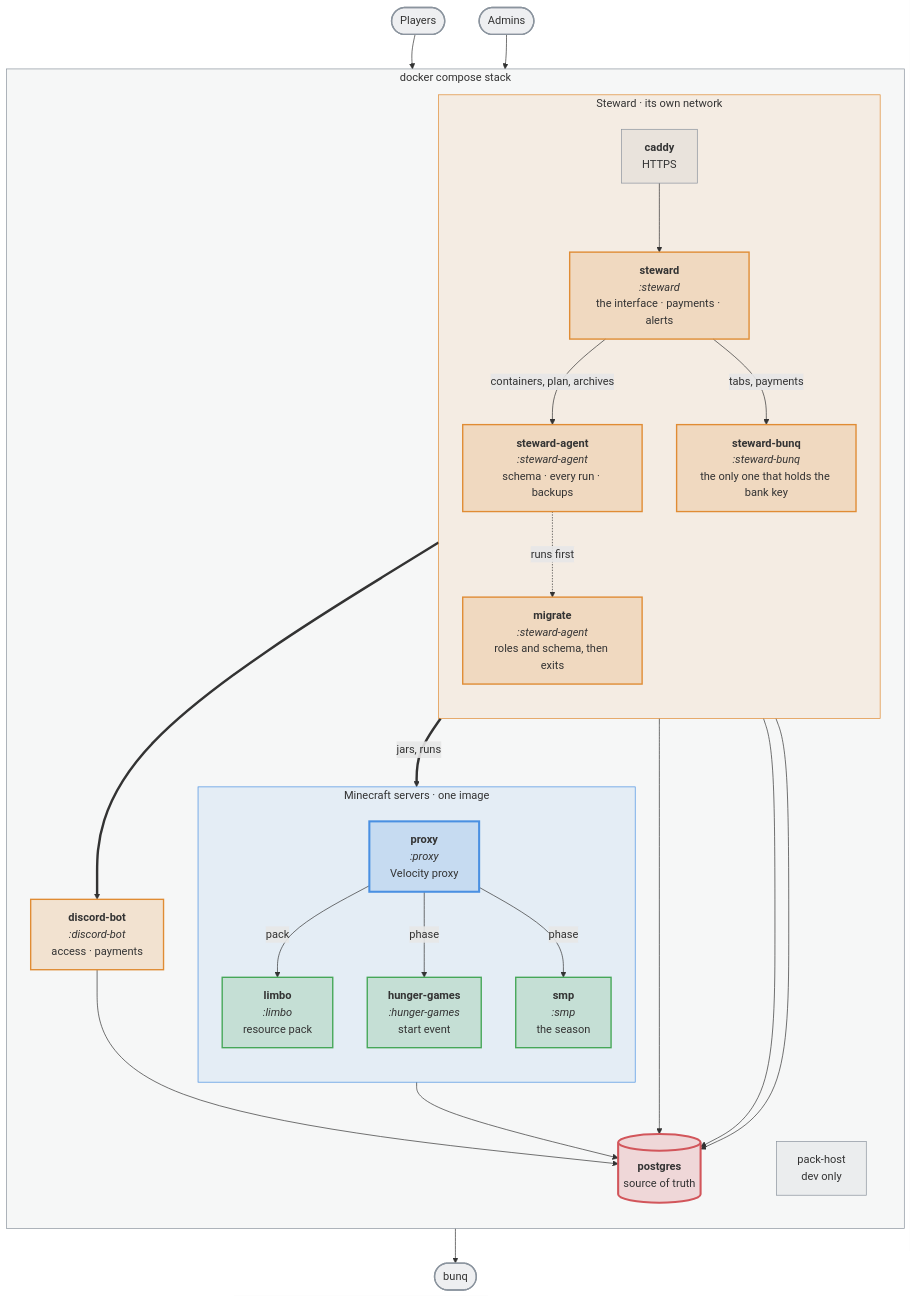
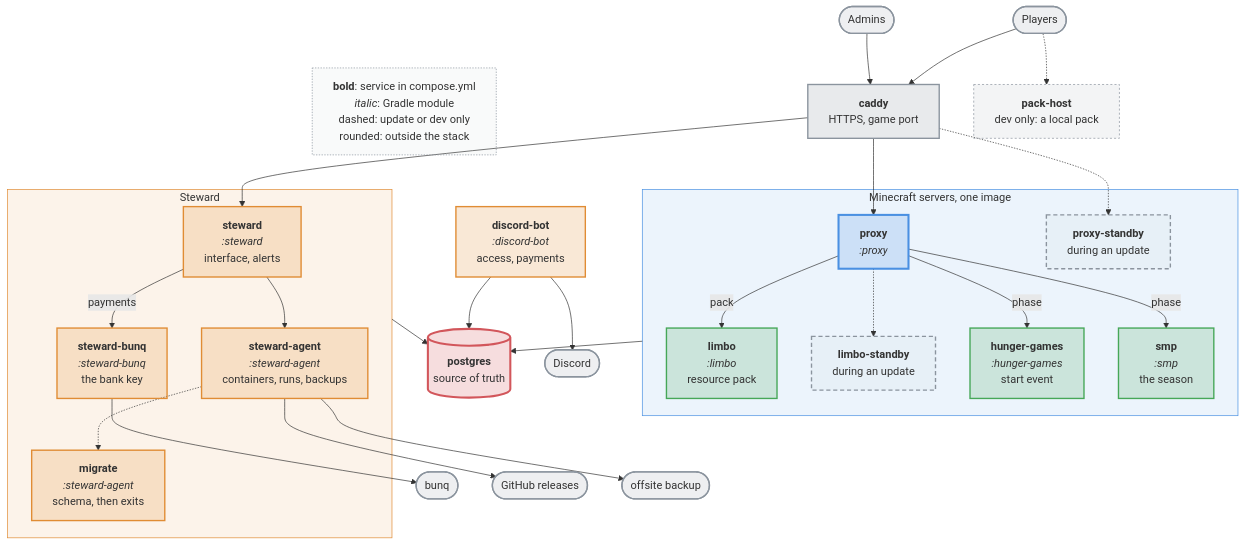
One commit to nordtal/season-2 changed the diagram in README.md. Above: the diagram before and after it, drawn with Mermaid. The commit also changed other lines of this file, not shown here.

Commit message:
docs: the readme diagram shows every service, the standbys and a legend at a third of its height
Players now enter through caddy, which guards the game port, and the agent's arrow to the servers is gone, since it stacked the whole diagram vertically under GitHub's ELK layout.

````diff
--- a/README.md
+++ b/README.md
@@ -17,55 +17,67 @@
 ```mermaid
-%%{init: {'themeVariables': {'fontSize': '16px'}}}%%
+%%{init: {'themeVariables': {'fontSize': '16px'}, 'flowchart': {'wrappingWidth': 240, 'diagramPadding': 8}}}%%
 flowchart TB
-    players(["Players"]):::ext --> NC
+    LEG["<b>bold</b>: service in compose.yml<br/><i>italic</i>: Gradle module<br/>dashed: update or dev only<br/>rounded: outside the stack"]:::key
+    players(["Players"]):::ext
+    admins(["Admins"]):::ext
+    CADDY["<b>caddy</b><br/>HTTPS, game port"]:::entry
+    PACK["<b>pack-host</b><br/>dev only: a local pack"]:::side
 
-    subgraph stack["docker compose stack"]
-        direction TB
-        subgraph steward["Steward · its own network"]
-            direction TB
-            CADDY["<b>caddy</b><br/>HTTPS"]:::side
-            UPD["<b>steward</b><br/><i>:steward</i><br/>the interface · payments · alerts"]:::app
-            DEP["<b>steward-agent</b><br/><i>:steward-agent</i><br/>schema · every run · backups"]:::app
-            MIG["<b>migrate</b><br/><i>:steward-agent</i><br/>roles and schema, then exits"]:::app
-            BANK["<b>steward-bunq</b><br/><i>:steward-bunq</i><br/>the only one that holds the bank key"]:::app
-        end
-        subgraph servers["Minecraft servers · one image"]
-            direction TB
-            NC["<b>proxy</b><br/><i>:proxy</i><br/>Velocity proxy"]:::proxy
-            LIMBO["<b>limbo</b><br/><i>:limbo</i><br/>resource pack"]:::paper
-            HG["<b>hunger-games</b><br/><i>:hunger-games</i><br/>start event"]:::paper
-            SMP["<b>smp</b><br/><i>:smp</i><br/>the season"]:::paper
-        end
-        BOT["<b>discord-bot</b><br/><i>:discord-bot</i><br/>access · payments"]:::app
-        PG[("<b>postgres</b><br/>source of truth")]:::db
-        PACKHOST["pack-host<br/>dev only"]:::side
+    subgraph mc["Minecraft servers, one image"]
+        NC["<b>proxy</b><br/><i>:proxy</i>"]:::proxy
+        NCS["<b>proxy-standby</b><br/>during an update"]:::standby
+        LIMBO["<b>limbo</b><br/><i>:limbo</i><br/>resource pack"]:::paper
+        LIMBOS["<b>limbo-standby</b><br/>during an update"]:::standby
+        HG["<b>hunger-games</b><br/><i>:hunger-games</i><br/>start event"]:::paper
+        SMP["<b>smp</b><br/><i>:smp</i><br/>the season"]:::paper
     end
 
-    admins(["Admins"]):::ext --> CADDY
-    BANK --> bunq(["bunq"]):::ext
-    players ~~~ UPD
+    subgraph st["Steward"]
+        UPD["<b>steward</b><br/><i>:steward</i><br/>interface, alerts"]:::app
+        DEP["<b>steward-agent</b><br/><i>:steward-agent</i><br/>containers, runs, backups"]:::app
+        BANK["<b>steward-bunq</b><br/><i>:steward-bunq</i><br/>the bank key"]:::app
+        MIG["<b>migrate</b><br/><i>:steward-agent</i><br/>schema, then exits"]:::app
+    end
+
+    BOT["<b>discord-bot</b><br/><i>:discord-bot</i><br/>access, payments"]:::app
+    PG[("<b>postgres</b><br/>source of truth")]:::db
+
+    bunq(["bunq"]):::ext
+    discord(["Discord"]):::ext
+    gh(["GitHub releases"]):::ext
+    offsite(["offsite backup"]):::ext
+
+    players --> CADDY
+    players -.-> PACK
+    admins --> CADDY
+    CADDY --> NC
+    CADDY -.-> NCS
     CADDY --> UPD
-    UPD -->|"containers, plan, archives"| DEP
-    UPD -->|"tabs, payments"| BANK
-    DEP ==>|"jars, runs"| servers
-    DEP ==> BOT
-    DEP --> PG
-    MIG --> PG
-    DEP -.->|"runs first"| MIG
     NC -->|"pack"| LIMBO
     NC -->|"phase"| HG
     NC -->|"phase"| SMP
-    servers --> PG
+    NC -.-> LIMBOS
+    UPD --> DEP
+    UPD -->|"payments"| BANK
+    BANK --> bunq
+    DEP -.-> MIG
+    DEP --> gh
+    DEP --> offsite
+    LEG ~~~ BOT
+    BOT --> discord
+    mc --> PG
     BOT --> PG
-    UPD --> PG
+    st --> PG
 
+    classDef key fill:#8b949e0d,stroke:#8b949e,stroke-width:1px,stroke-dasharray:2 2
     classDef ext fill:#8b949e26,stroke:#8b949e,stroke-width:2px
+    classDef entry fill:#8b949e33,stroke:#8b949e,stroke-width:2px
     classDef proxy fill:#4a90e233,stroke:#4a90e2,stroke-width:3px
     classDef paper fill:#46a75833,stroke:#46a758,stroke-width:2px
+    classDef standby fill:#8b949e0d,stroke:#8b949e,stroke-width:2px,stroke-dasharray:6 4
     classDef app fill:#e08c3433,stroke:#e08c34,stroke-width:2px
     classDef db fill:#d2565b33,stroke:#d2565b,stroke-width:3px
-    classDef side fill:#8b949e1a,stroke:#8b949e,stroke-width:1px
-    style stack fill:#8b949e14,stroke:#8b949e,stroke-width:1px
-    style servers fill:#4a90e21a,stroke:#4a90e2,stroke-width:1px
-    style steward fill:#e08c341a,stroke:#e08c34,stroke-width:1px
+    classDef side fill:#8b949e1a,stroke:#8b949e,stroke-width:1px,stroke-dasharray:3 3
+    style mc fill:#4a90e21a,stroke:#4a90e2,stroke-width:1px
+    style st fill:#e08c341a,stroke:#e08c34,stroke-width:1px
 ```
````
